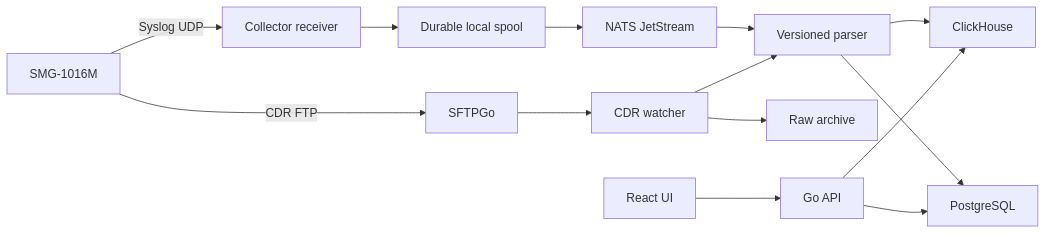
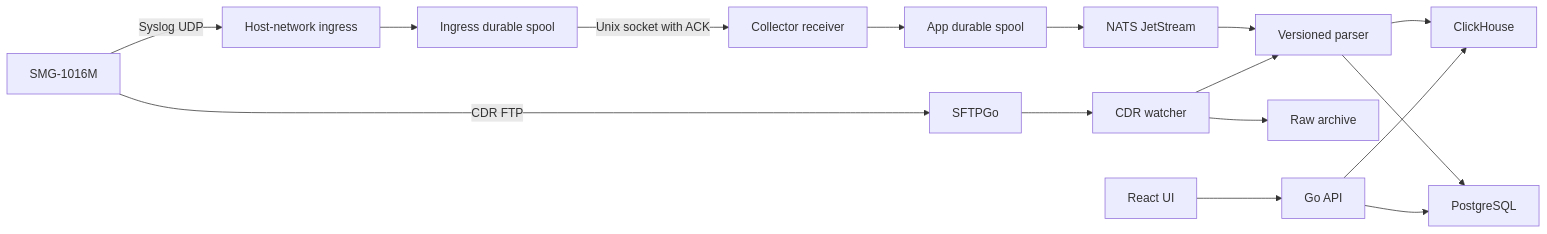
One commit to finenumbers/collector changed the diagram in docs/architecture.md. Above: the diagram before and after it, drawn with Mermaid. The commit also changed other lines of this file and 15 other files, not shown here.

First line of the commit message:
Preserve Syslog source IP through host ingress

````diff
--- a/docs/architecture.md
+++ b/docs/architecture.md
@@ -7,16 +7,18 @@
 ```mermaid
 flowchart LR
-    SMG[SMG-1016M] -->|Syslog UDP| Receiver[Collector receiver]
+    SMG[SMG-1016M] -->|Syslog UDP| Ingress[Host-network ingress]
     SMG -->|CDR FTP| FTP[SFTPGo]
-    Receiver --> Spool[Durable local spool]
+    Ingress --> IngressSpool[Ingress durable spool]
+    IngressSpool -->|Unix socket with ACK| Receiver[Collector receiver]
+    Receiver --> Spool[App durable spool]
     Spool --> NATS[NATS JetStream]
     NATS --> Parser[Versioned parser]
     FTP --> Watcher[CDR watcher]
     Watcher --> MinIO[Raw archive]
     Watcher --> Parser
     Parser --> CH[ClickHouse]
     Parser --> PG[PostgreSQL]
     UI[React UI] --> API[Go API]
     API --> CH
     API --> PG
 ```
````
